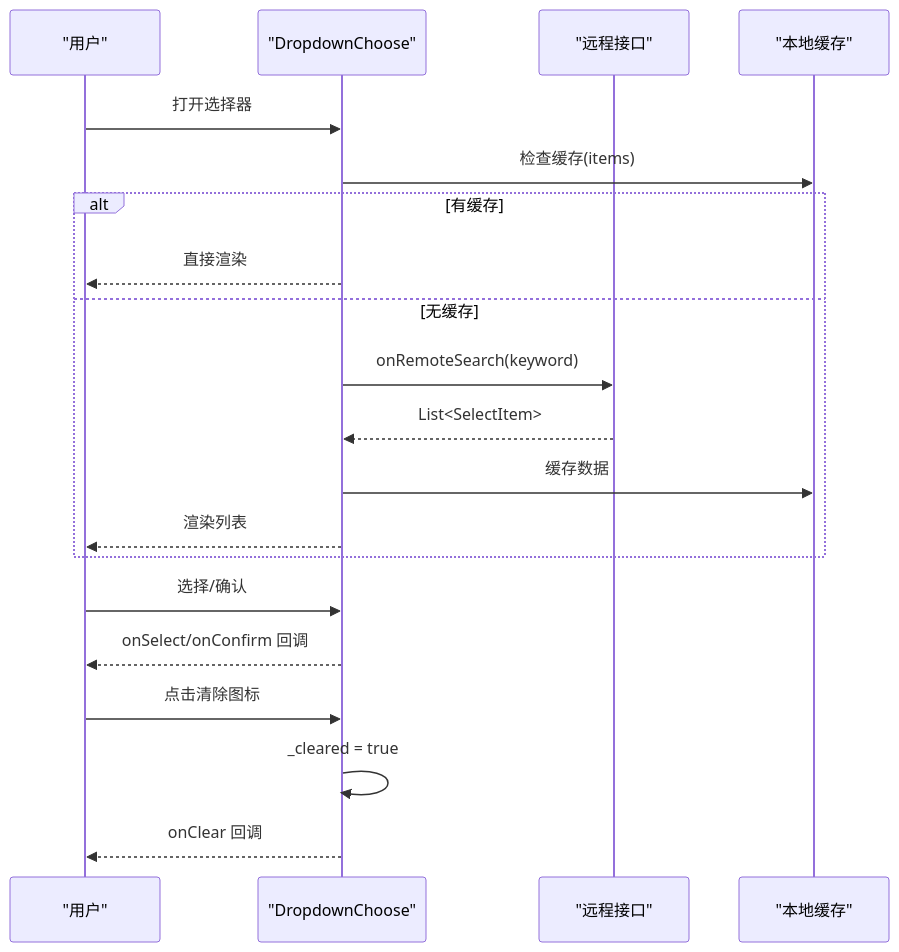
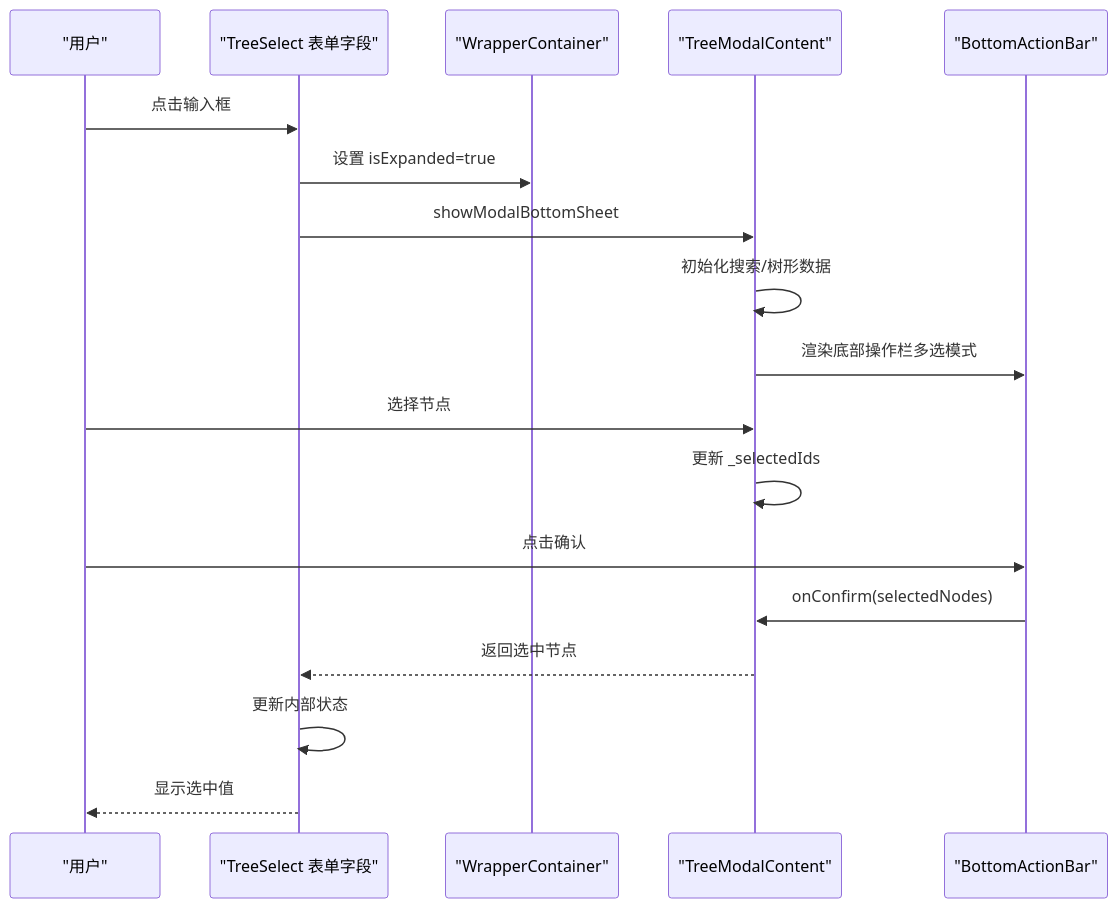
Before and after one commit to yuzhido/lite-ui: the sixth of 8 diagrams in .qoder/repowiki/zh/content/API 参考/高级组件 API/高级组件 API.md, drawn with Mermaid. The commit also changed other lines of this file and 22 other files, not shown here.

````diff
--- a/.qoder/repowiki/zh/content/API 参考/高级组件 API/高级组件 API.md
+++ b/.qoder/repowiki/zh/content/API 参考/高级组件 API/高级组件 API.md
@@ -331,22 +338,20 @@
 ```mermaid
 sequenceDiagram
 participant U as "用户"
-participant DC as "DropdownChoose"
-participant API as "远程接口"
-participant Cache as "本地缓存"
-U->>DC : 打开选择器
-DC->>Cache : 检查缓存(items)
-alt 有缓存
-DC-->>U : 直接渲染
-else 无缓存
-DC->>API : onRemoteSearch(keyword)
-API-->>DC : List<SelectItem>
-DC->>Cache : 缓存数据
-DC-->>U : 渲染列表
-end
-U->>DC : 选择/确认
-DC-->>U : onSelect/onConfirm 回调
-U->>DC : 点击清除图标
-DC->>DC : _cleared = true
-DC-->>U : onClear 回调
+participant TS as "TreeSelect 表单字段"
+participant WC as "WrapperContainer"
+participant TMC as "TreeModalContent"
+participant BAB as "BottomActionBar"
+U->>TS : 点击输入框
+TS->>WC : 设置 isExpanded=true
+TS->>TMC : showModalBottomSheet
+TMC->>TMC : 初始化搜索/树形数据
+TMC->>BAB : 渲染底部操作栏多选模式
+U->>TMC : 选择节点
+TMC->>TMC : 更新 _selectedIds
+U->>BAB : 点击确认
+BAB->>TMC : onConfirm(selectedNodes)
+TMC-->>TS : 返回选中节点
+TS->>TS : 更新内部状态
+TS-->>U : 显示选中值
 ```
````
